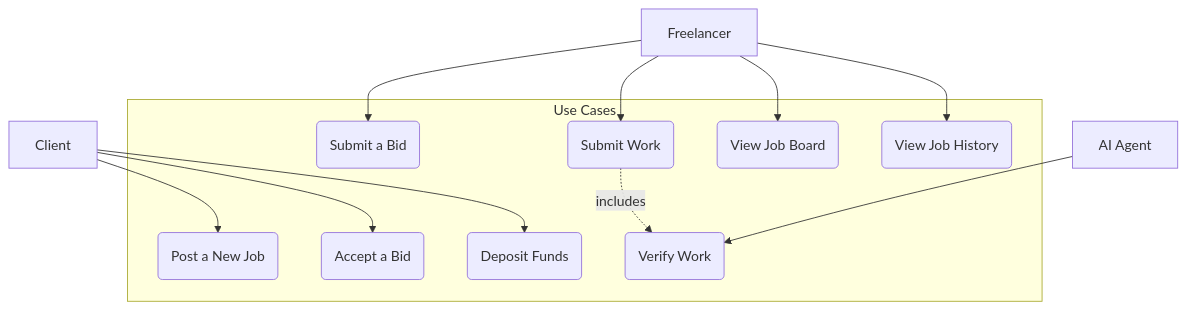
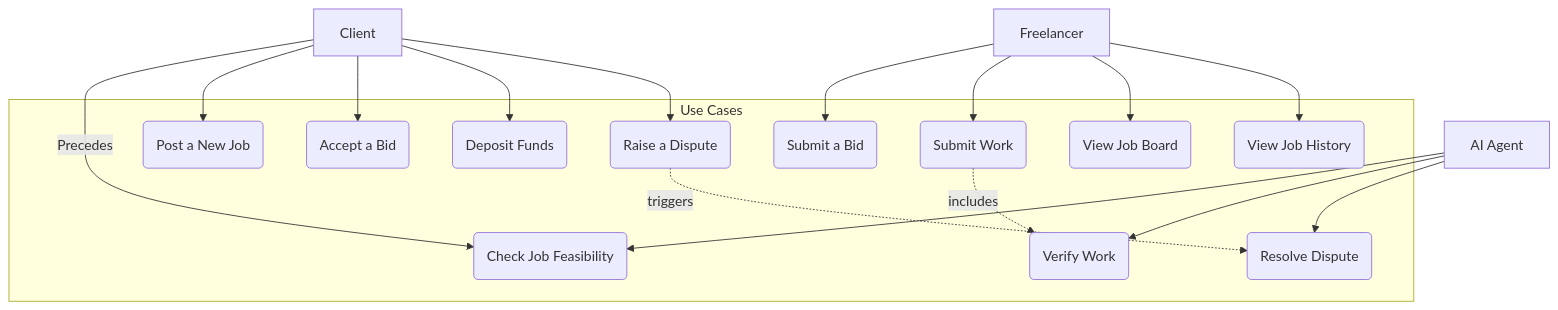
One commit to zetrosoft/verifi-app changed the second of 5 diagrams in doc/development_plan.md. Above: the diagram before and after it, drawn with Mermaid. The commit also changed other lines of this file and 46 other files, not shown here.

````diff
--- a/doc/development_plan.md
+++ b/doc/development_plan.md
@@ -158,26 +199,34 @@
 ```mermaid
 graph TD
     subgraph "Use Cases"
+        UC0("Check Job Feasibility")
         UC1("Post a New Job")
         UC2("Submit a Bid")
         UC3("Accept a Bid")
         UC4("Deposit Funds")
         UC5("Submit Work")
         UC6("Verify Work")
         UC7("View Job Board")
         UC8("View Job History")
+        UC9("Raise a Dispute")
+        UC10("Resolve Dispute")
     end
 
-    Client["Client"] --> UC1
+    Client["Client"] -- Precedes --> UC0
+    Client --> UC1
     Client --> UC3
     Client --> UC4
+    Client --> UC9
 
     Freelancer["Freelancer"] --> UC2
     Freelancer --> UC5
     Freelancer --> UC7
     Freelancer --> UC8
 
-    AIAgent["AI Agent"] --> UC6
+    AIAgent["AI Agent"] --> UC0
+    AIAgent --> UC6
+    AIAgent --> UC10
 
     UC5 -.->|includes| UC6
+    UC9 -.->|triggers| UC10
 ```
````
